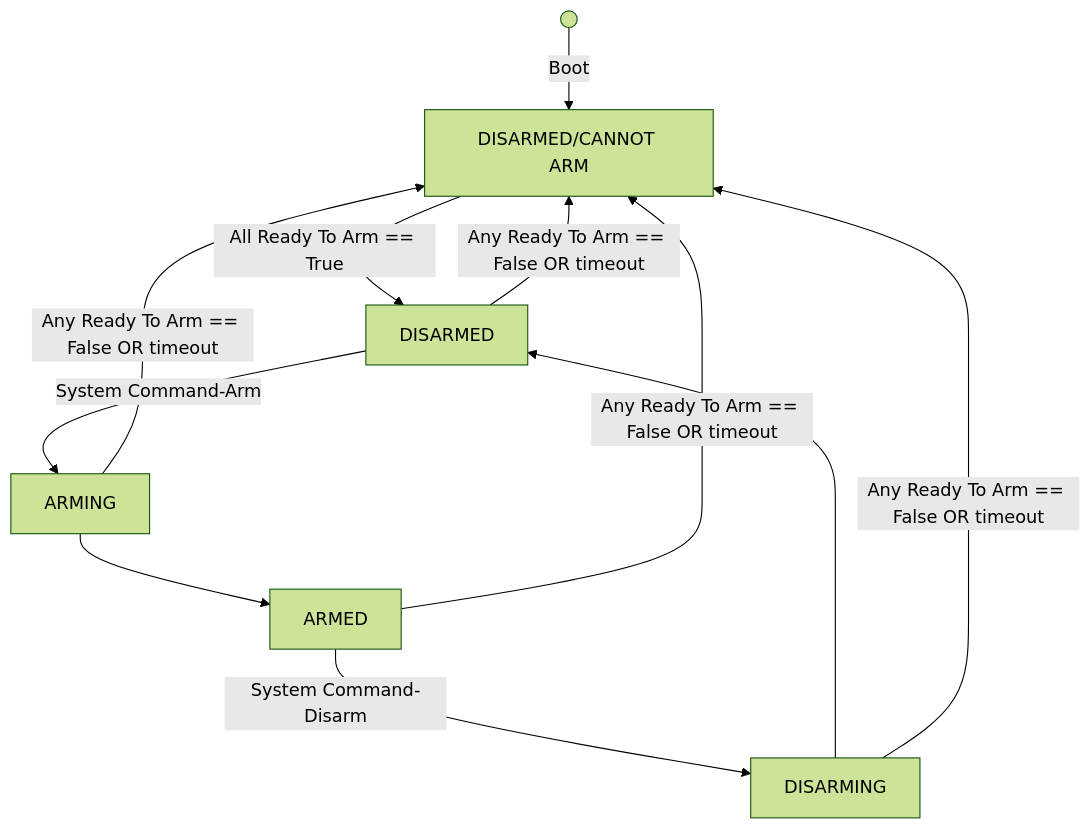
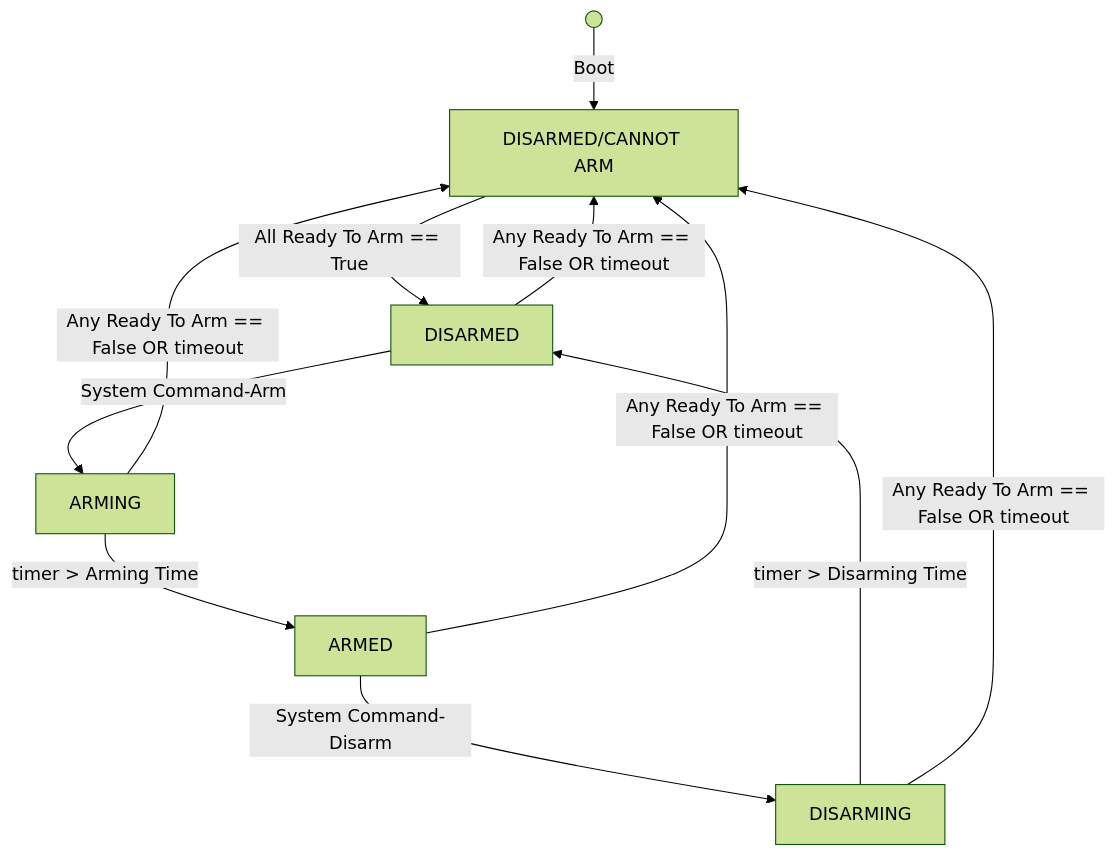
The diagram in doc/Features/SafetyControl/ArmDisarm.md (dgitz/eros), drawn with Mermaid (forest theme) before and after one commit. The commit also changed other lines of this file and 31 other files, not shown here.

````diff
--- a/doc/Features/SafetyControl/ArmDisarm.md
+++ b/doc/Features/SafetyControl/ArmDisarm.md
@@ -14,26 +14,26 @@
 ```mermaid
     graph TD;
     DisarmedCannotArm[DISARMED/CANNOT ARM]
     Disarming[DISARMING]
     Disarmed[DISARMED]
     Arming[ARMING]
     Armed[ARMED]
     Start@{ shape: circle, label: " " }
     Start --> | Boot | DisarmedCannotArm
     DisarmedCannotArm --> | All Ready To Arm == True | Disarmed
     Disarmed --> | System Command-Arm | Arming
-    Arming --> Armed
+    Arming -->  | timer > Arming Time | Armed
     Armed --> | System Command-Disarm | Disarming
-    Disarming --> Disarmed
+    Disarming --> | timer > Disarming Time| Disarmed
     Armed --> | Any Ready To Arm == False OR timeout | DisarmedCannotArm
     Arming --> | Any Ready To Arm == False OR timeout  | DisarmedCannotArm
     Disarmed --> | Any Ready To Arm == False OR timeout  | DisarmedCannotArm
     Disarming --> | Any Ready To Arm == False OR timeout  | DisarmedCannotArm
 
     click DisarmedCannotArm href "https://mermaid.js.org/syntax/flowchart.html" " "
     click Disarming href "https://mermaid.js.org/syntax/flowchart.html" " "
     click Disarmed href "https://mermaid.js.org/syntax/flowchart.html" " "
     click Arming href "https://mermaid.js.org/syntax/flowchart.html" " "
     click Armed href "https://mermaid.js.org/syntax/flowchart.html" " "
 
 ```
````
